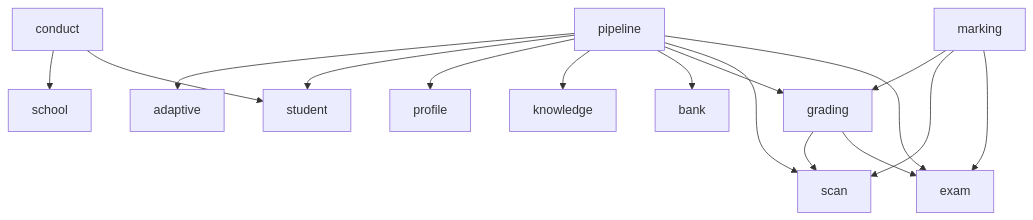
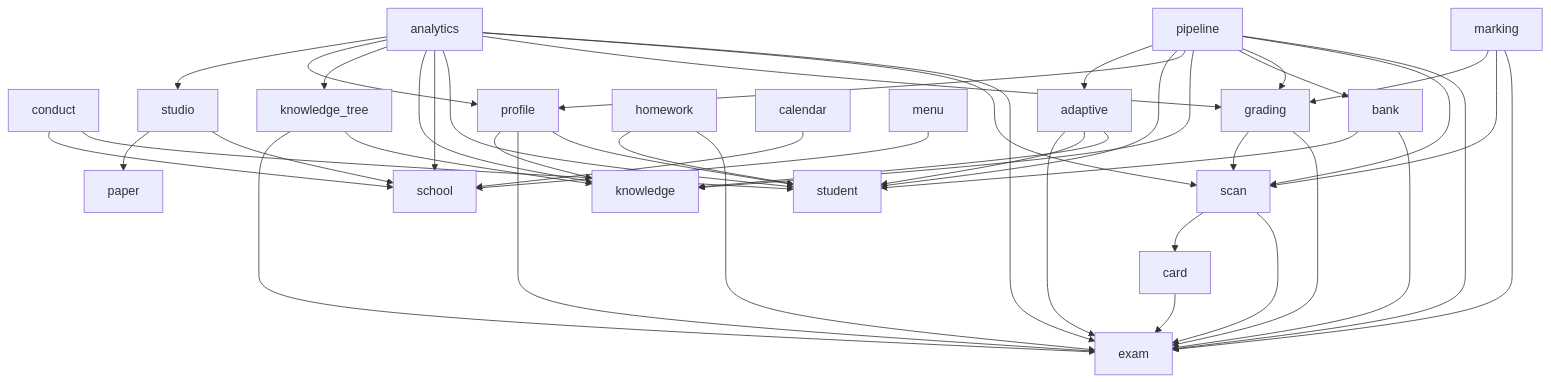
Before and after one commit to juanwan99/edu-cloud: the diagram in docs/governance/dependency-graph.md, drawn with Mermaid. The commit also changed other lines of this file and 15 other files, not shown here.

````diff
--- a/docs/governance/dependency-graph.md
+++ b/docs/governance/dependency-graph.md
@@ -5,18 +6,46 @@
 ```mermaid
 flowchart TD
   conduct --> student
   conduct --> school
   grading --> exam
   grading --> scan
   marking --> exam
   marking --> scan
   marking --> grading
   pipeline --> exam
   pipeline --> scan
   pipeline --> grading
   pipeline --> bank
   pipeline --> knowledge
   pipeline --> profile
   pipeline --> student
   pipeline --> adaptive
+  analytics --> exam
+  analytics --> scan
+  analytics --> grading
+  analytics --> student
+  analytics --> school
+  analytics --> knowledge
+  analytics --> knowledge_tree
+  analytics --> profile
+  analytics --> studio
+  scan --> exam
+  scan --> card
+  card --> exam
+  homework --> exam
+  homework --> student
+  knowledge_tree --> knowledge
+  knowledge_tree --> exam
+  studio --> school
+  studio --> paper
+  profile --> student
+  profile --> exam
+  profile --> knowledge
+  bank --> exam
+  bank --> student
+  calendar --> school
+  adaptive --> knowledge
+  adaptive --> student
+  adaptive --> exam
+  menu --> school
 ```
````
